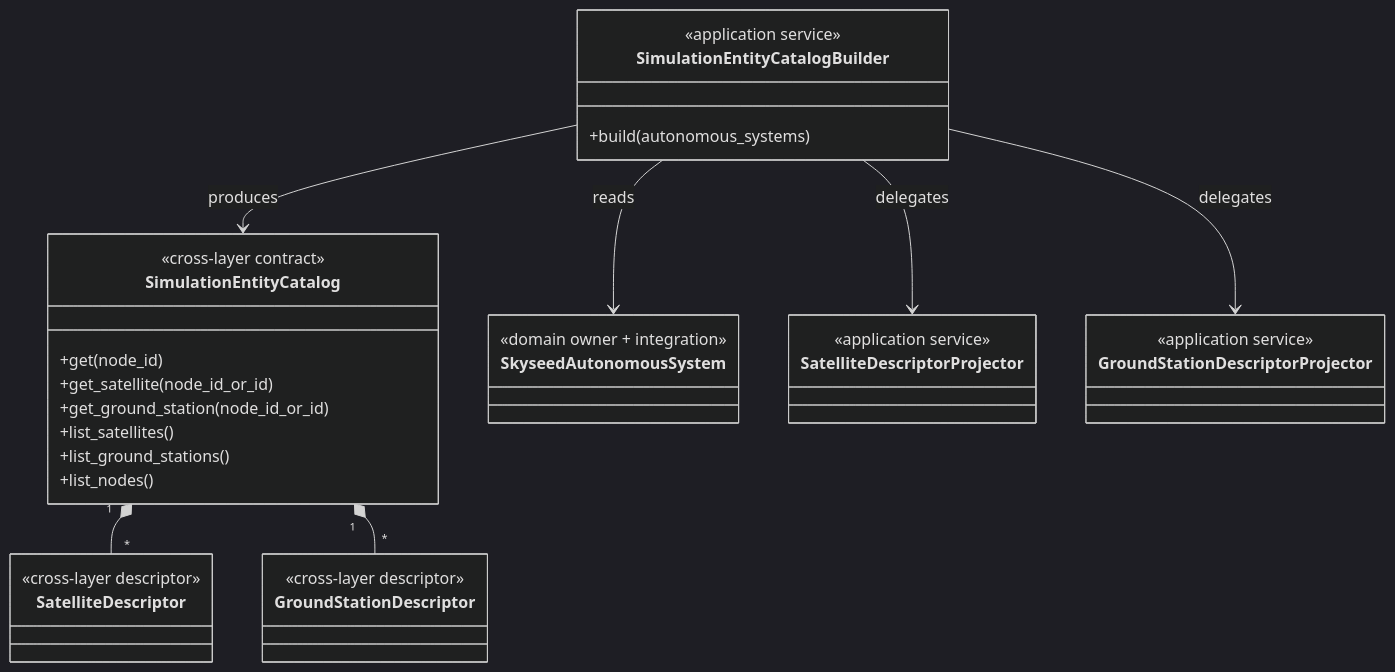
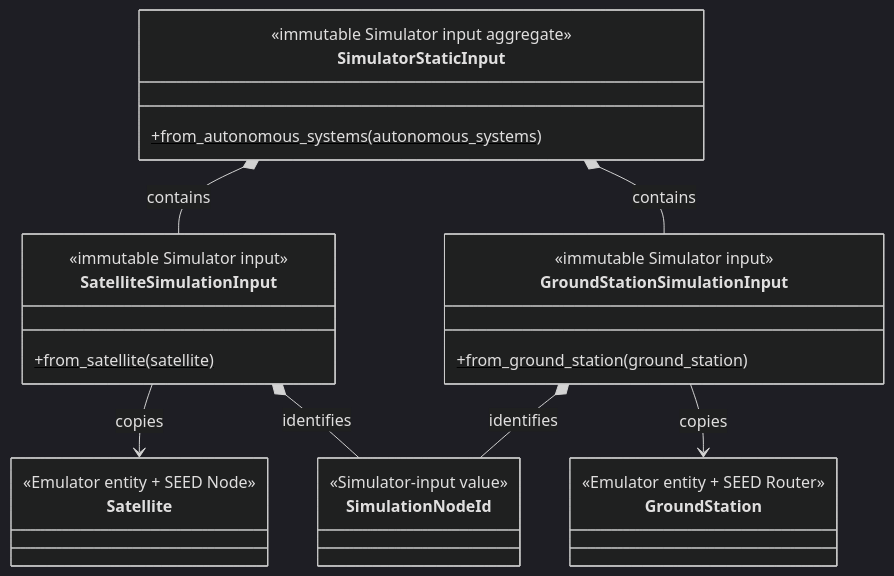
The sixth of 7 diagrams in skyseed_v2/docs/architecture/diagrams.md (seed-labs/skyseed), drawn with Mermaid (dark theme) before and after one commit. The commit also changed other lines of this file and 22 other files, not shown here.

Commit message:
Synchronize package architecture records

````diff
--- a/skyseed_v2/docs/architecture/diagrams.md
+++ b/skyseed_v2/docs/architecture/diagrams.md
@@ -296,38 +116,31 @@
 ```mermaid
 classDiagram
-    class SimulationEntityCatalog {
-        <<cross-layer contract>>
-        +get(node_id)
-        +get_satellite(node_id_or_id)
-        +get_ground_station(node_id_or_id)
-        +list_satellites()
-        +list_ground_stations()
-        +list_nodes()
+    class Satellite {
+        <<Emulator entity + SEED Node>>
     }
-    class SimulationEntityCatalogBuilder {
-        <<application service>>
-        +build(autonomous_systems)
+    class GroundStation {
+        <<Emulator entity + SEED Router>>
     }
-    class SkyseedAutonomousSystem {
-        <<domain owner + integration>>
+    class SatelliteSimulationInput {
+        <<immutable Simulator input>>
+        +from_satellite(satellite)$
     }
-    class SatelliteDescriptorProjector {
-        <<application service>>
+    class GroundStationSimulationInput {
+        <<immutable Simulator input>>
+        +from_ground_station(ground_station)$
     }
-    class GroundStationDescriptorProjector {
-        <<application service>>
+    class SimulatorStaticInput {
+        <<immutable Simulator input aggregate>>
+        +from_autonomous_systems(autonomous_systems)$
     }
-    class SatelliteDescriptor {
-        <<cross-layer descriptor>>
-    }
-    class GroundStationDescriptor {
-        <<cross-layer descriptor>>
+    class SimulationNodeId {
+        <<Simulator-input value>>
     }
 
-    SimulationEntityCatalog "1" *-- "*" SatelliteDescriptor
-    SimulationEntityCatalog "1" *-- "*" GroundStationDescriptor
-    SimulationEntityCatalogBuilder --> SkyseedAutonomousSystem : reads
-    SimulationEntityCatalogBuilder --> SatelliteDescriptorProjector : delegates
-    SimulationEntityCatalogBuilder --> GroundStationDescriptorProjector : delegates
-    SimulationEntityCatalogBuilder --> SimulationEntityCatalog : produces
+    SatelliteSimulationInput --> Satellite : copies
+    GroundStationSimulationInput --> GroundStation : copies
+    SatelliteSimulationInput *-- SimulationNodeId : identifies
+    GroundStationSimulationInput *-- SimulationNodeId : identifies
+    SimulatorStaticInput *-- SatelliteSimulationInput : contains
+    SimulatorStaticInput *-- GroundStationSimulationInput : contains
 ```
````
